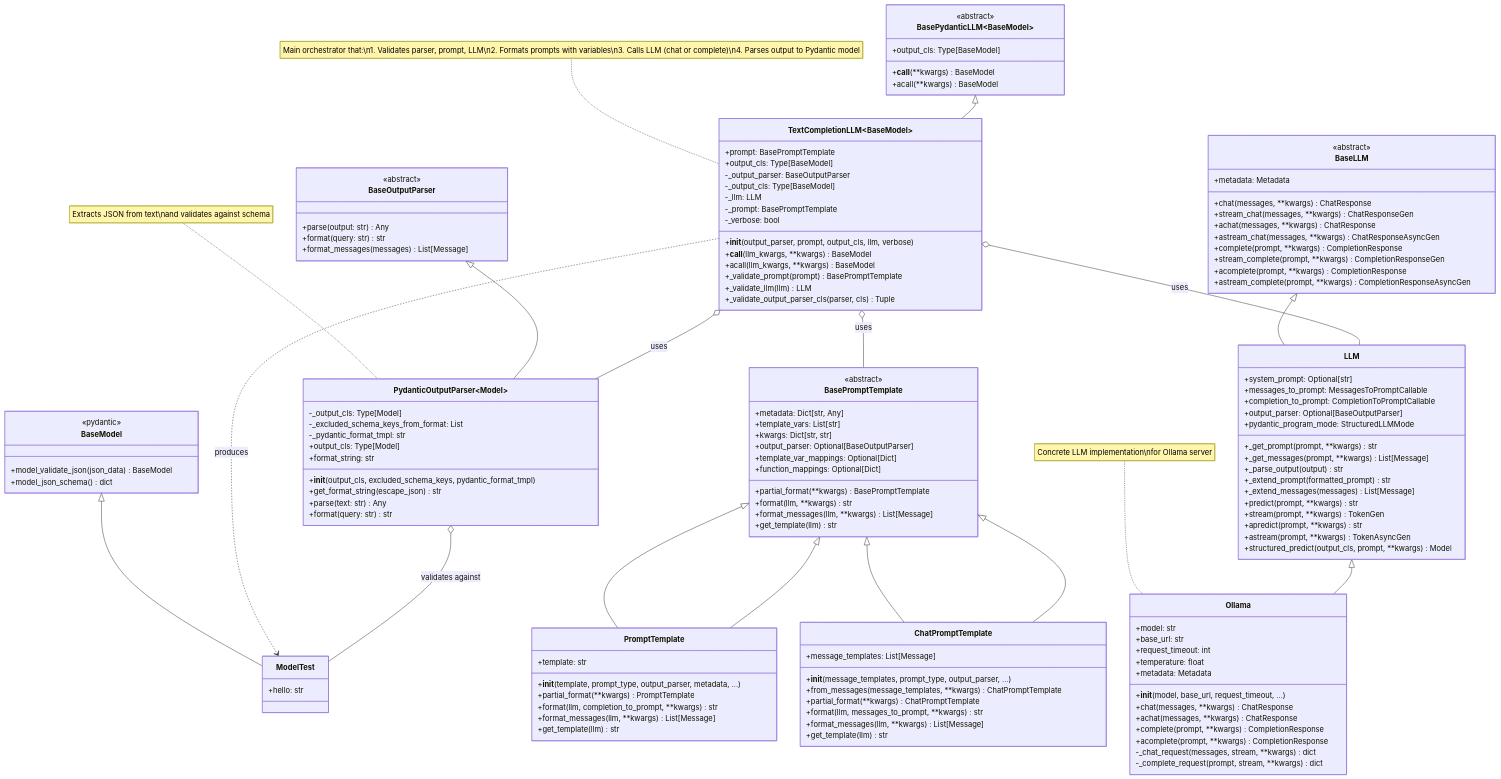
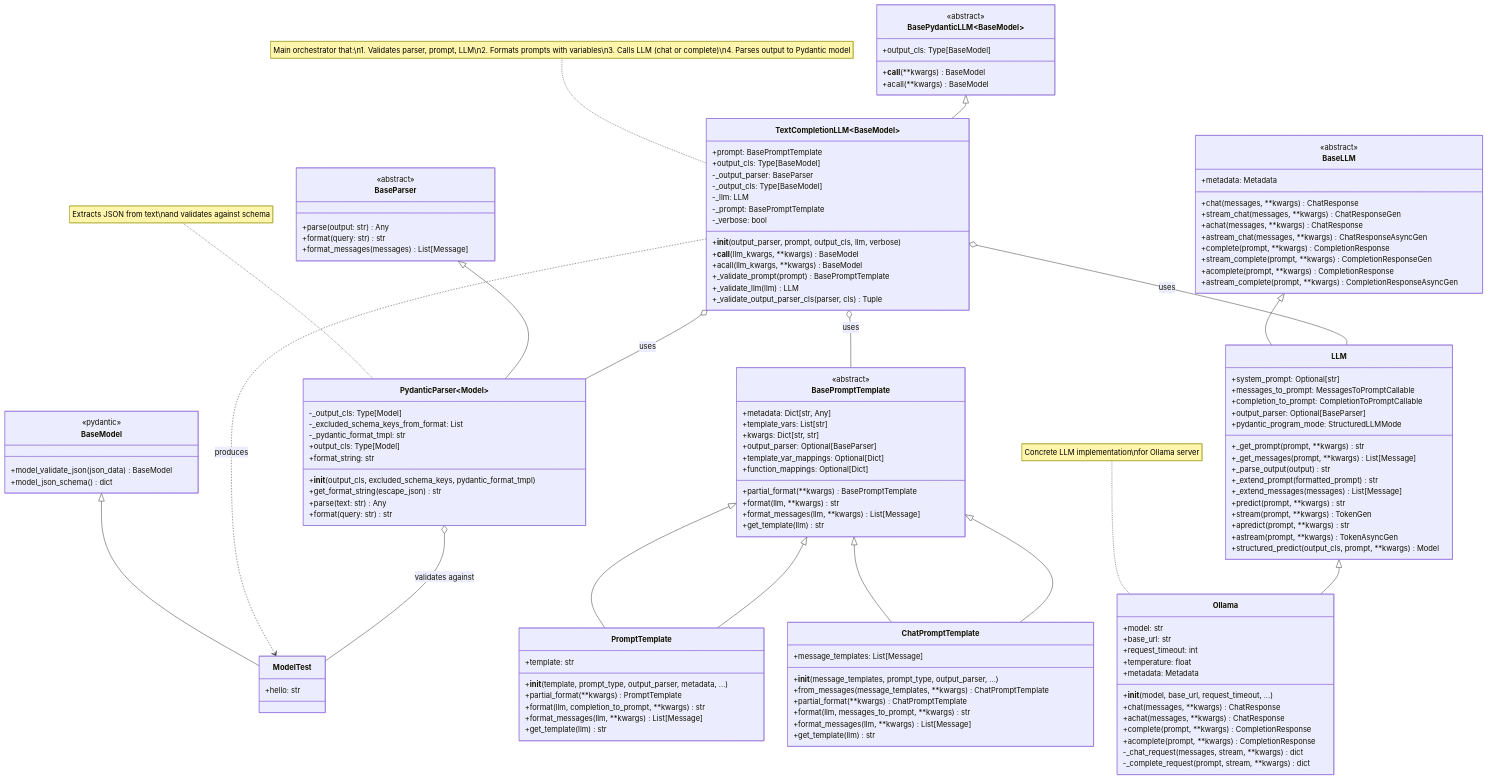
The diagram in docs/reference/structured_tools/text_completion_llm/text_completion_llm_class.md (Serapieum-of-alex/serapeum), drawn with Mermaid before and after one commit. The commit also changed other lines of this file and 6 other files, not shown here.

Commit message:
rename BaseOutputParser to BaseParser and PydanticOutputParser to PydanticParser

````diff
--- a/docs/reference/structured_tools/text_completion_llm/text_completion_llm_class.md
+++ b/docs/reference/structured_tools/text_completion_llm/text_completion_llm_class.md
@@ -17,7 +17,7 @@
         +output_cls: Type[BaseModel]
         +__call__(llm_kwargs, **kwargs) BaseModel
         +acall(llm_kwargs, **kwargs) BaseModel
-        -_output_parser: BaseOutputParser
+        -_output_parser: BaseParser
         -_output_cls: Type[BaseModel]
         -_llm: LLM
         -_prompt: BasePromptTemplate
@@ -27,14 +27,14 @@
         +_validate_output_parser_cls(parser, cls) Tuple
     }
 
-    class BaseOutputParser {
+    class BaseParser {
         <<abstract>>
         +parse(output: str) Any
         +format(query: str) str
         +format_messages(messages) List[Message]
     }
 
-    class PydanticOutputParser~Model~ {
+    class PydanticParser~Model~ {
         -_output_cls: Type[Model]
         -_excluded_schema_keys_from_format: List
         -_pydantic_format_tmpl: str
@@ -51,7 +51,7 @@
         +metadata: Dict[str, Any]
         +template_vars: List[str]
         +kwargs: Dict[str, str]
-        +output_parser: Optional[BaseOutputParser]
+        +output_parser: Optional[BaseParser]
         +template_var_mappings: Optional[Dict]
         +function_mappings: Optional[Dict]
         +partial_format(**kwargs) BasePromptTemplate
@@ -96,7 +96,7 @@
         +system_prompt: Optional[str]
         +messages_to_prompt: MessagesToPromptCallable
         +completion_to_prompt: CompletionToPromptCallable
-        +output_parser: Optional[BaseOutputParser]
+        +output_parser: Optional[BaseParser]
         +pydantic_program_mode: StructuredLLMMode
         +_get_prompt(prompt, **kwargs) str
         +_get_messages(prompt, **kwargs) List[Message]
@@ -138,20 +138,20 @@
     BasePydanticLLM <|-- TextCompletionLLM
     BaseLLM <|-- LLM
     LLM <|-- Ollama
-    BaseOutputParser <|-- PydanticOutputParser
+    BaseParser <|-- PydanticParser
     BasePromptTemplate <|-- PromptTemplate
     BasePromptTemplate <|-- ChatPromptTemplate
     BaseModel <|-- ModelTest
 
-    TextCompletionLLM o-- PydanticOutputParser : uses
+    TextCompletionLLM o-- PydanticParser : uses
     TextCompletionLLM o-- BasePromptTemplate : uses
     TextCompletionLLM o-- LLM : uses
     TextCompletionLLM ..> ModelTest : produces
-    PydanticOutputParser o-- ModelTest : validates against
+    PydanticParser o-- ModelTest : validates against
     PromptTemplate --|> BasePromptTemplate
     ChatPromptTemplate --|> BasePromptTemplate
 
     note for TextCompletionLLM "Main orchestrator that:\n1. Validates parser, prompt, LLM\n2. Formats prompts with variables\n3. Calls LLM (chat or complete)\n4. Parses output to Pydantic model"
-    note for PydanticOutputParser "Extracts JSON from text\nand validates against schema"
+    note for PydanticParser "Extracts JSON from text\nand validates against schema"
     note for Ollama "Concrete LLM implementation\nfor Ollama server"
 ```
````
